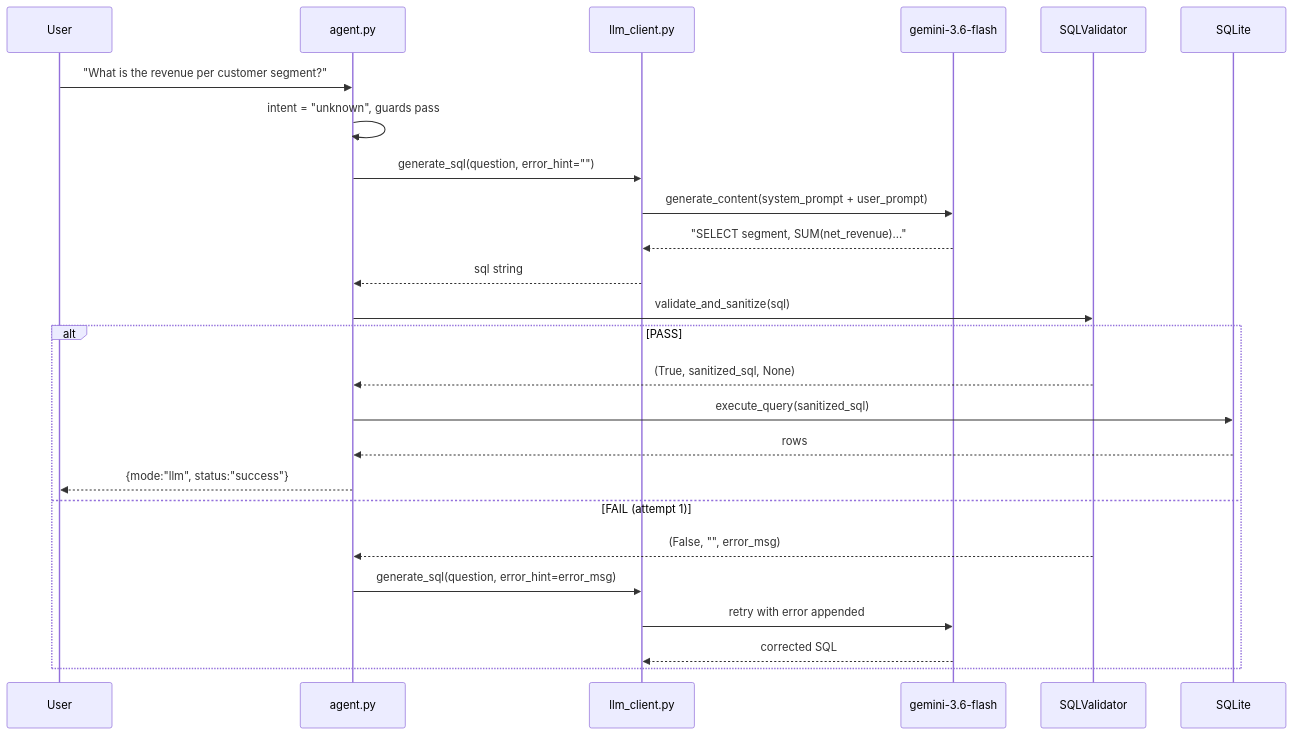
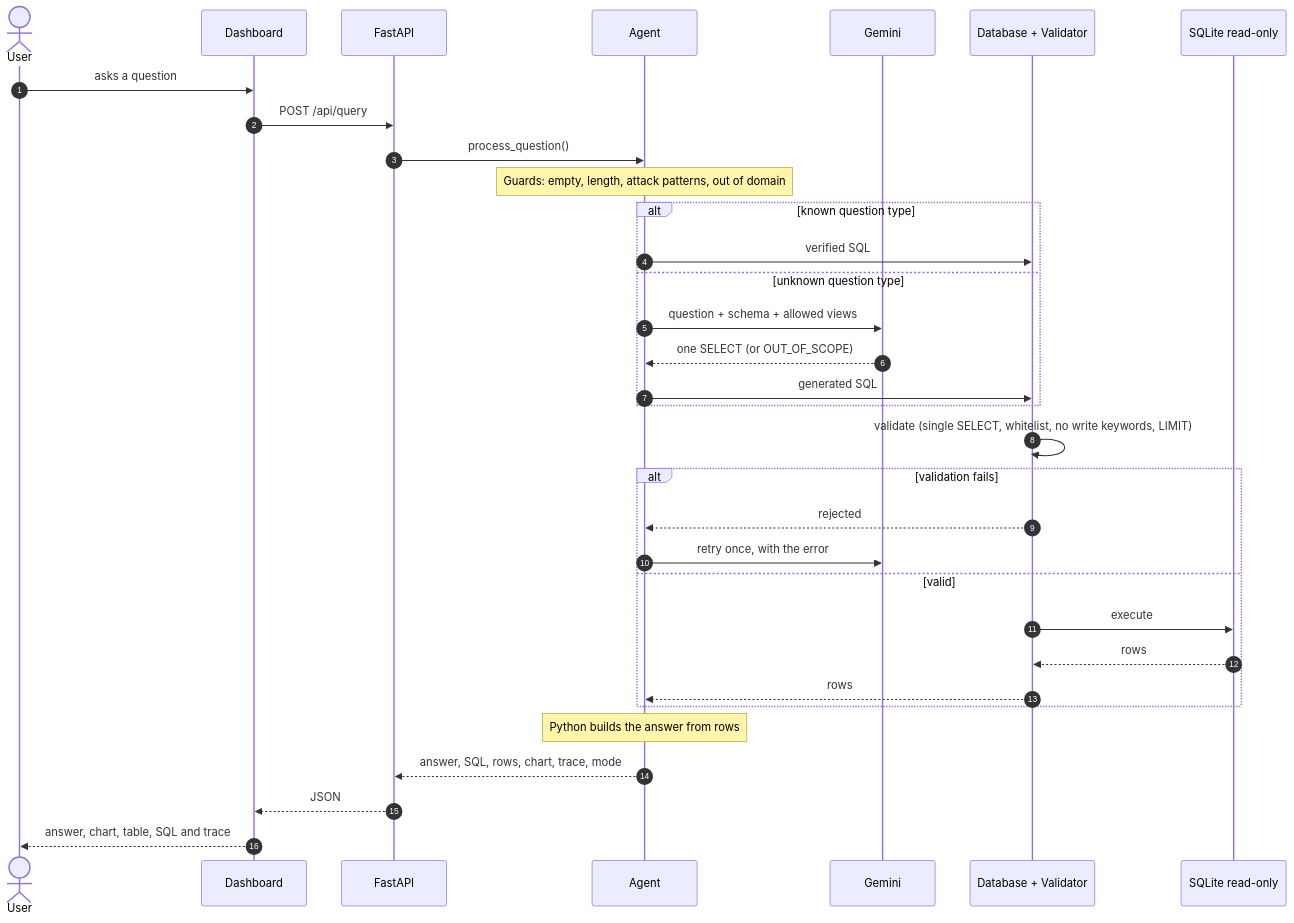
The second of 2 diagrams in docs/architecture.md (Srilaxmi984/AI_BI_Assistant), drawn with Mermaid before and after one commit. The commit also changed other lines of this file and 3 other files, not shown here.

Commit message:
docs: final README, REPORT, architecture diagram, cloud deployment note

````diff
--- a/docs/architecture.md
+++ b/docs/architecture.md
@@ -109,28 +49,39 @@
 ```mermaid
 sequenceDiagram
-    participant U as User
-    participant AG as agent.py
-    participant L as llm_client.py
-    participant G as gemini-3.6-flash
-    participant V as SQLValidator
-    participant DB as SQLite
+    autonumber
+    actor U as User
+    participant UI as Dashboard
+    participant API as FastAPI
+    participant A as Agent
+    participant L as Gemini
+    participant D as Database + Validator
+    participant S as SQLite read-only
 
-    U->>AG: "What is the revenue per customer segment?"
-    AG->>AG: intent = "unknown", guards pass
-    AG->>L: generate_sql(question, error_hint="")
-    L->>G: generate_content(system_prompt + user_prompt)
-    G-->>L: "SELECT segment, SUM(net_revenue)..."
-    L-->>AG: sql string
-    AG->>V: validate_and_sanitize(sql)
-    alt PASS
-        V-->>AG: (True, sanitized_sql, None)
-        AG->>DB: execute_query(sanitized_sql)
-        DB-->>AG: rows
-        AG-->>U: {mode:"llm", status:"success"}
-    else FAIL (attempt 1)
-        V-->>AG: (False, "", error_msg)
-        AG->>L: generate_sql(question, error_hint=error_msg)
-        L->>G: retry with error appended
-        G-->>L: corrected SQL
+    U->>UI: asks a question
+    UI->>API: POST /api/query
+    API->>A: process_question()
+    Note over A: Guards: empty, length, attack patterns, out of domain
+
+    alt known question type
+        A->>D: verified SQL
+    else unknown question type
+        A->>L: question + schema + allowed views
+        L-->>A: one SELECT (or OUT_OF_SCOPE)
+        A->>D: generated SQL
     end
+
+    D->>D: validate (single SELECT, whitelist, no write keywords, LIMIT)
+    alt validation fails
+        D-->>A: rejected
+        A->>L: retry once, with the error
+    else valid
+        D->>S: execute
+        S-->>D: rows
+        D-->>A: rows
+    end
+
+    Note over A: Python builds the answer from rows
+    A-->>API: answer, SQL, rows, chart, trace, mode
+    API-->>UI: JSON
+    UI-->>U: answer, chart, table, SQL and trace
 ```
````
